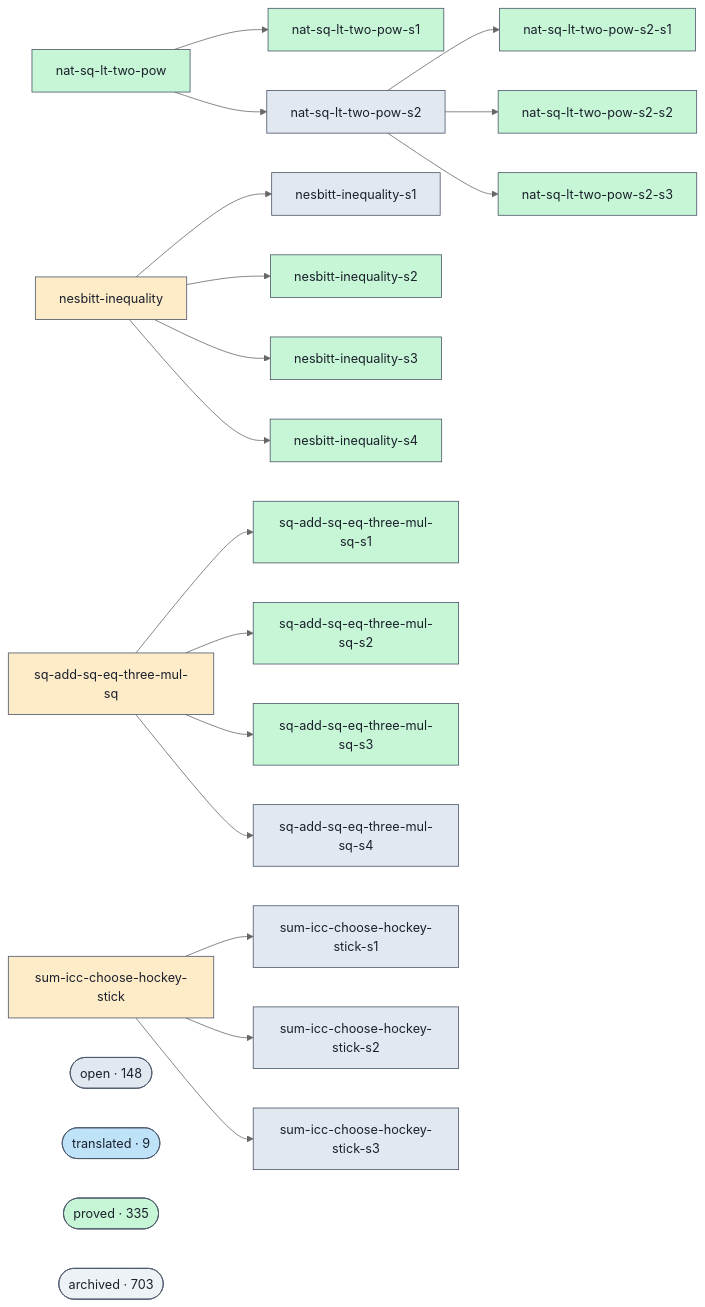
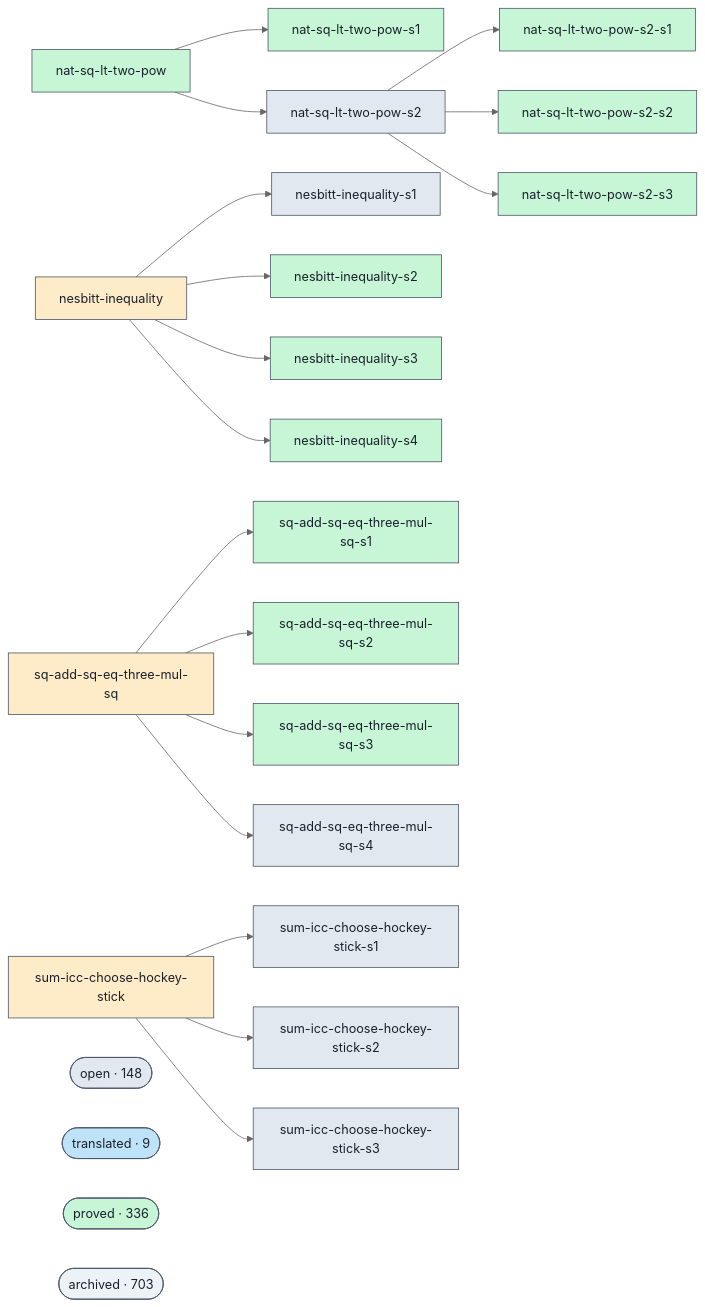
One commit to ohdearquant/unsorry changed the diagram in docs/proofs-contributors-visualisation.md. Above: the diagram before and after it, drawn with Mermaid (neutral theme). The commit also changed other lines of this file and 2 other files, not shown here.

```diff
--- a/docs/proofs-contributors-visualisation.md
+++ b/docs/proofs-contributors-visualisation.md
@@ -102,7 +102,7 @@
   class cluster_open open;
   cluster_translated(["translated · 9"])
   class cluster_translated translated;
-  cluster_proved(["proved · 335"])
+  cluster_proved(["proved · 336"])
   class cluster_proved proved;
   cluster_archived(["archived · 703"])
   class cluster_archived unknown;
```
